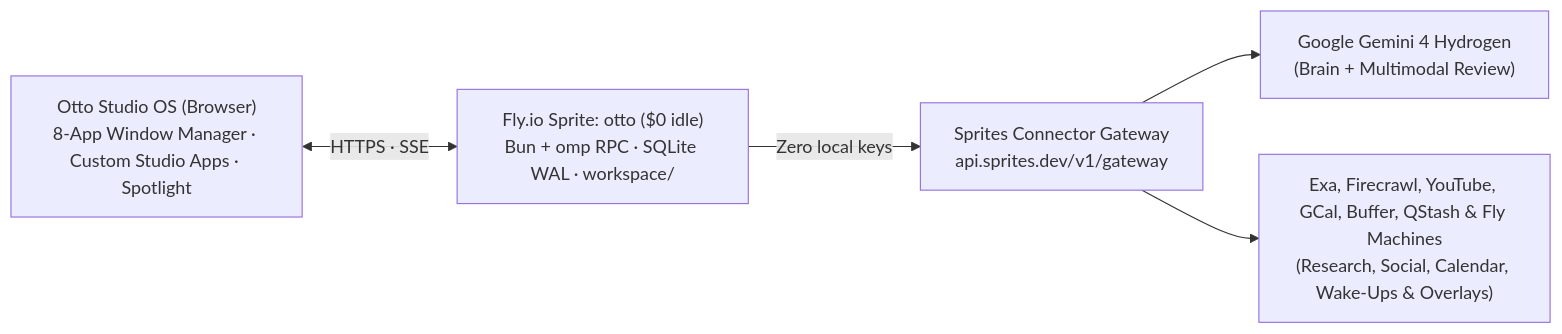
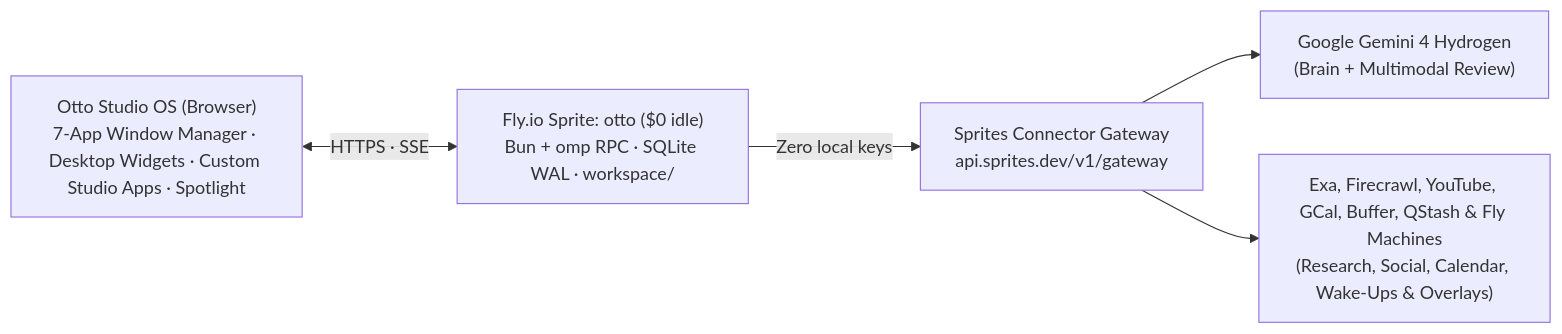
One commit to roffidaijoubu/otto changed the diagram in README.md. Above: the diagram before and after it, drawn with Mermaid. The commit also changed other lines of this file and 15 other files, not shown here.

Commit message:
refactor: replace Mission Control with Desktop widgets, floating Otto mascot, and fix IANA timezone cron parsing

````diff
--- a/README.md
+++ b/README.md
@@ -60,7 +60,7 @@
 ```mermaid
 flowchart LR
-    U["Otto Studio OS (Browser)<br/>8-App Window Manager · Custom Studio Apps · Spotlight"] <-->|"HTTPS · SSE"| S["Fly.io Sprite: otto ($0 idle)<br/>Bun + omp RPC · SQLite WAL · workspace/"]
+    U["Otto Studio OS (Browser)<br/>7-App Window Manager · Desktop Widgets · Custom Studio Apps · Spotlight"] <-->|"HTTPS · SSE"| S["Fly.io Sprite: otto ($0 idle)<br/>Bun + omp RPC · SQLite WAL · workspace/"]
     S -->|"Zero local keys"| G["Sprites Connector Gateway<br/>api.sprites.dev/v1/gateway"]
     G --> M["Google Gemini 4 Hydrogen<br/>(Brain + Multimodal Review)"]
     G --> E["Exa, Firecrawl, YouTube, GCal, Buffer, QStash &amp; Fly Machines<br/>(Research, Social, Calendar, Wake-Ups &amp; Overlays)"]
 ```
````
